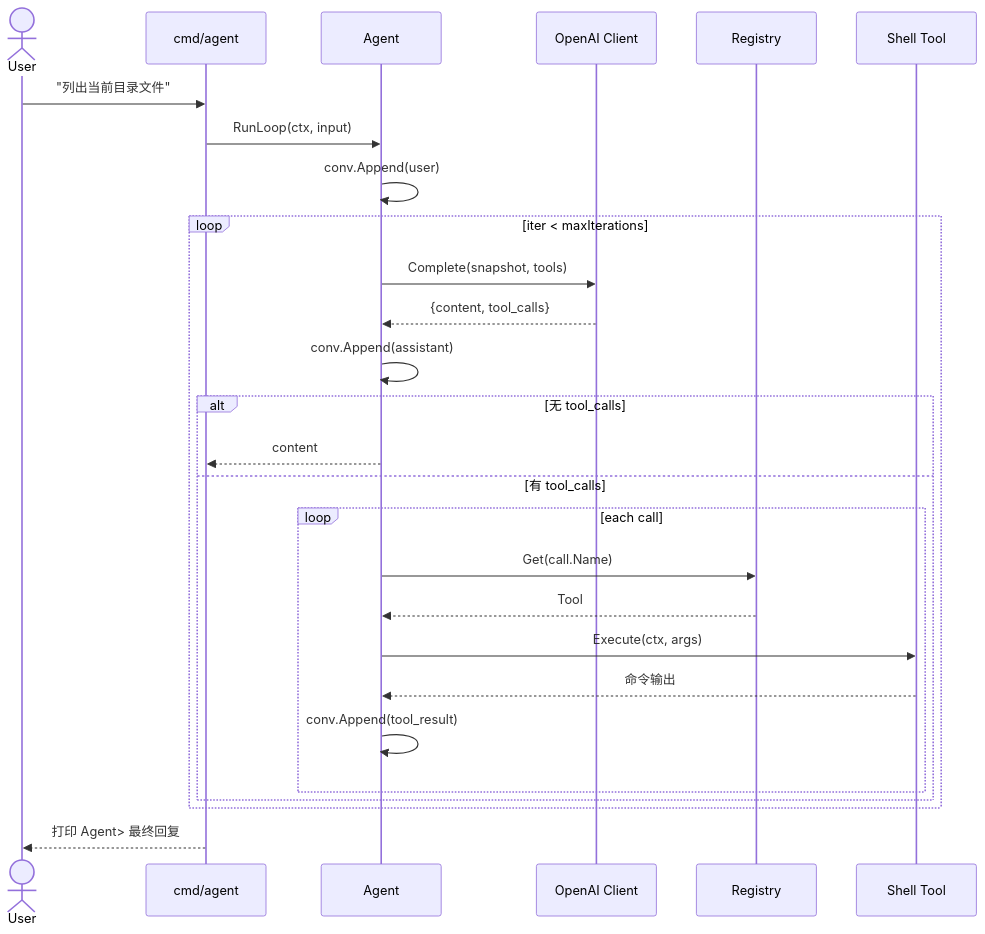
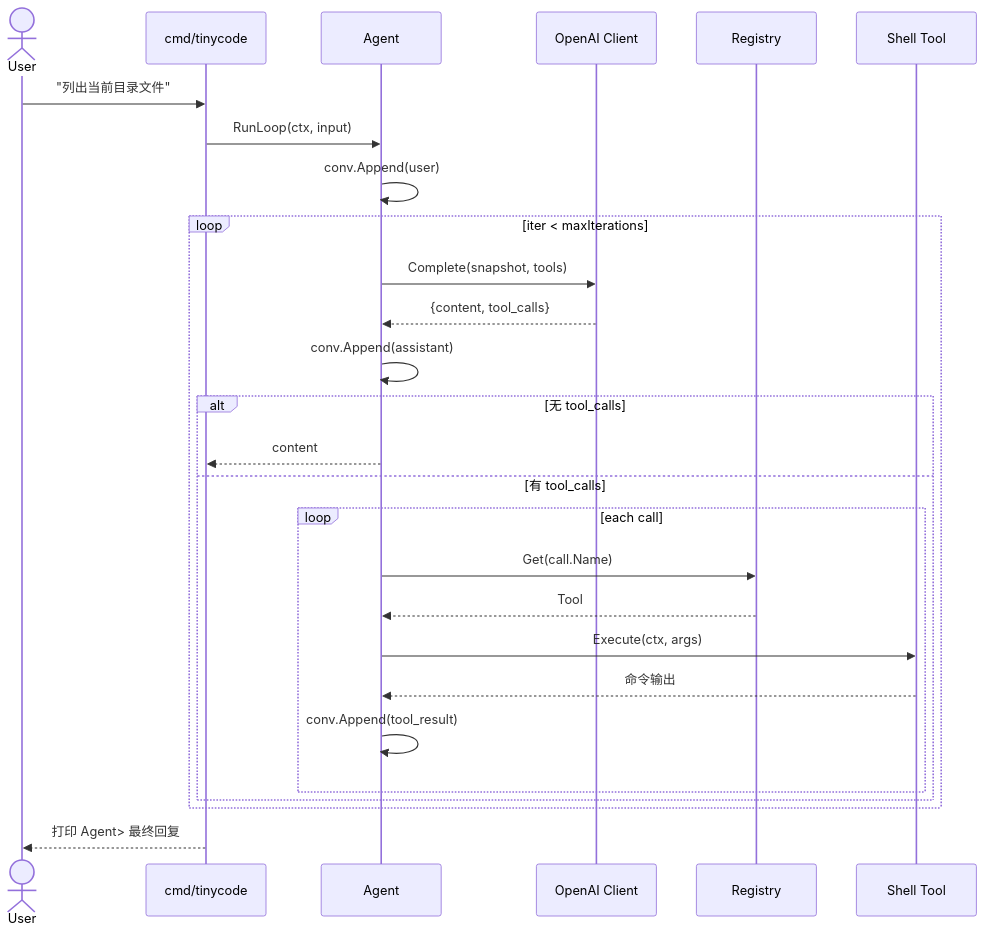
The second of 2 diagrams in docs/DESIGN.md (jaykizhou/tinyCode), drawn with Mermaid before and after one commit. The commit also changed other lines of this file and 37 other files, not shown here.

````diff
--- a/docs/DESIGN.md
+++ b/docs/DESIGN.md
@@ -94,30 +93,30 @@
 ```mermaid
 sequenceDiagram
     actor User
-    participant CLI as cmd/agent
+    participant CLI as cmd/tinycode
     participant A as Agent
     participant M as OpenAI Client
     participant R as Registry
     participant S as Shell Tool
 
     User->>CLI: "列出当前目录文件"
     CLI->>A: RunLoop(ctx, input)
     A->>A: conv.Append(user)
     loop iter < maxIterations
         A->>M: Complete(snapshot, tools)
         M-->>A: {content, tool_calls}
         A->>A: conv.Append(assistant)
         alt 无 tool_calls
             A-->>CLI: content
         else 有 tool_calls
             loop each call
                 A->>R: Get(call.Name)
                 R-->>A: Tool
                 A->>S: Execute(ctx, args)
                 S-->>A: 命令输出
                 A->>A: conv.Append(tool_result)
             end
         end
     end
     CLI-->>User: 打印 Agent> 最终回复
 ```
````
